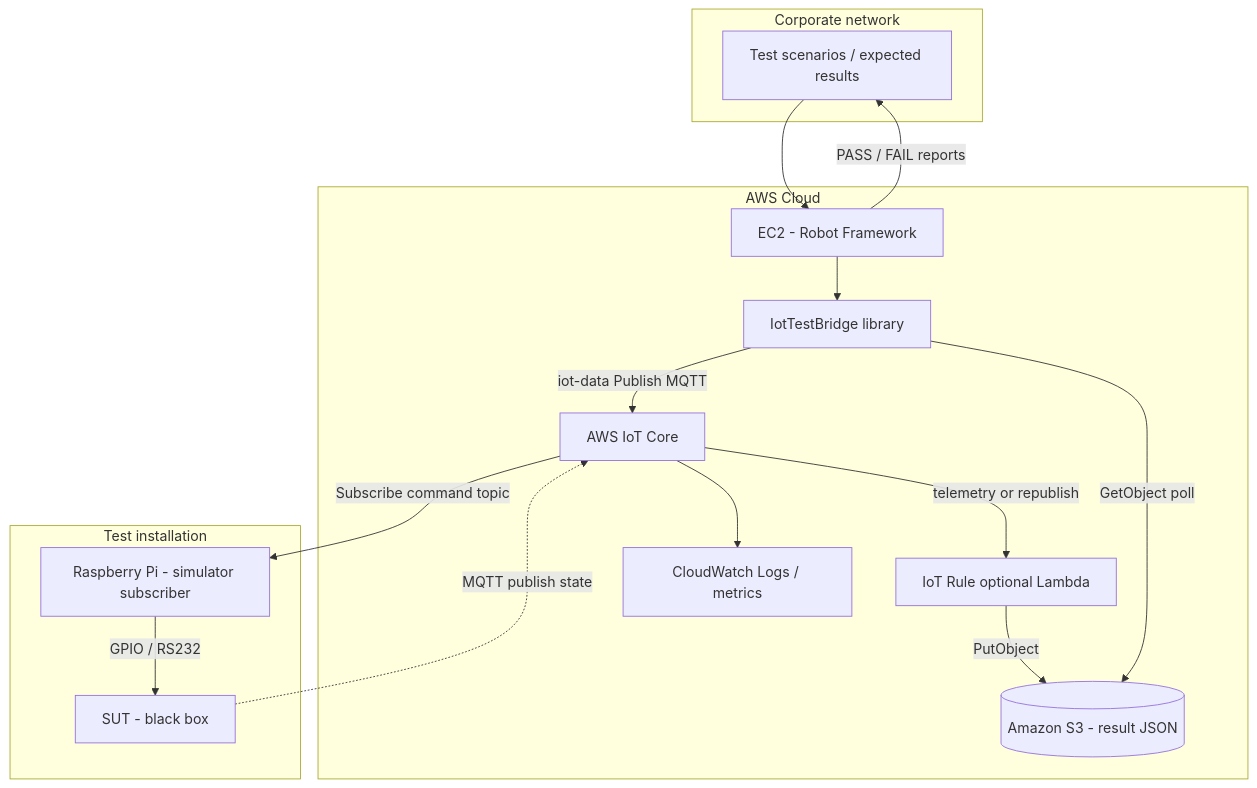
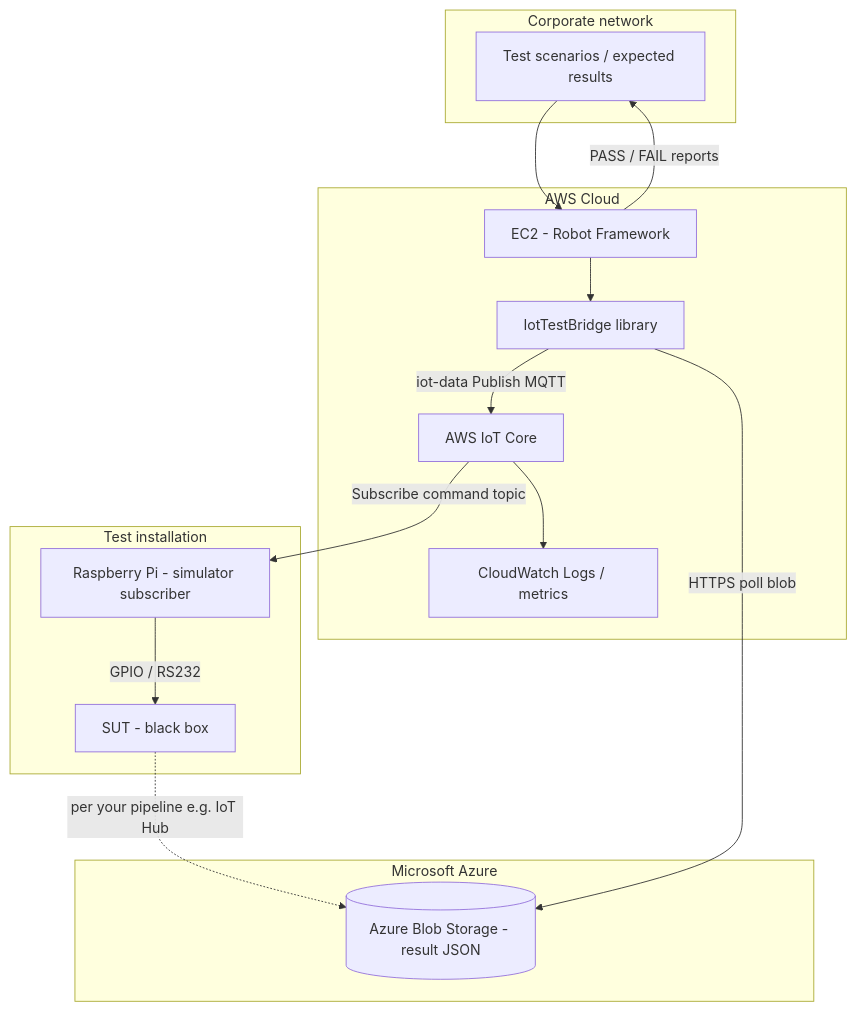
The first of 2 diagrams in README.md (shafkat1/IoT-SIM), drawn with Mermaid before and after one commit. The commit also changed other lines of this file and 3 other files, not shown here.

First line of the commit message:
Hybrid cloud: AWS IoT commands, Azure Blob for result JSON

````diff
--- a/README.md
+++ b/README.md
@@ -13,32 +13,32 @@
 ```mermaid
 flowchart TB
   subgraph corp [Corporate network]
     TC[Test scenarios / expected results]
   end
 
   subgraph aws [AWS Cloud]
     EC2[EC2 - Robot Framework]
     LIB[IotTestBridge library]
     IOT[AWS IoT Core]
-    RULE[IoT Rule optional Lambda]
-    S3[(Amazon S3 - result JSON)]
     CW[CloudWatch Logs / metrics]
     EC2 --> LIB
     LIB -->|iot-data Publish MQTT| IOT
-    IOT -->|telemetry or republish| RULE
-    RULE -->|PutObject| S3
-    LIB -->|GetObject poll| S3
     IOT --> CW
+  end
+
+  subgraph azure [Microsoft Azure]
+    BLOB[(Azure Blob Storage - result JSON)]
   end
 
   subgraph edge [Test installation]
     RPi[Raspberry Pi - simulator subscriber]
     SUT[SUT - black box]
     RPi -->|GPIO / RS232| SUT
-    SUT -.->|MQTT publish state| IOT
+    SUT -.->|per your pipeline e.g. IoT Hub| BLOB
   end
 
   IOT -->|Subscribe command topic| RPi
+  LIB -->|HTTPS poll blob| BLOB
   TC --> EC2
   EC2 -->|PASS / FAIL reports| TC
 ```
````
